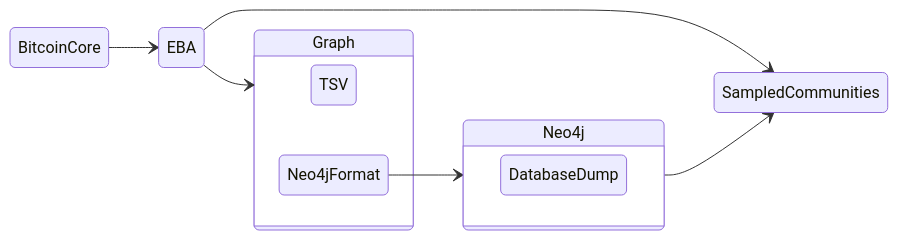
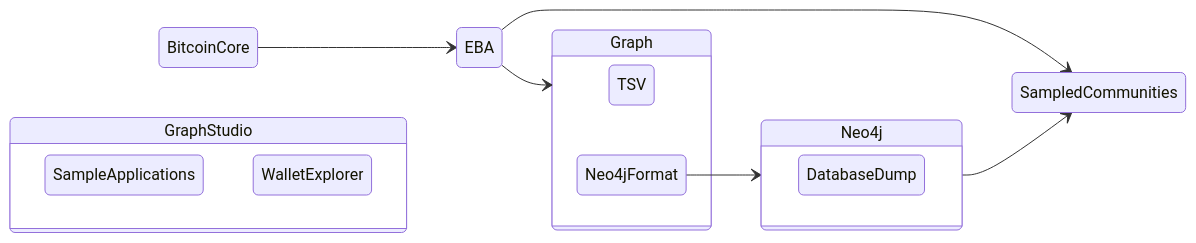
Before and after one commit to VJalili/MSPC: the diagram in README.md, drawn with Mermaid.

````diff
--- a/README.md
+++ b/README.md
@@ -1,18 +1,22 @@
 ```mermaid
 stateDiagram-v2
     direction LR
     BitcoinCore --> EBA
     state Graph {
         TSV
         Neo4jFormat
     }
     EBA --> Graph
     state Neo4j {
       direction LR
       DatabaseDump
     }
     Neo4jFormat --> Neo4j
     Neo4j --> SampledCommunities
     EBA --> SampledCommunities
+    state GraphStudio {
+        SampleApplications
+        WalletExplorer
+    }
     
 ```
````
